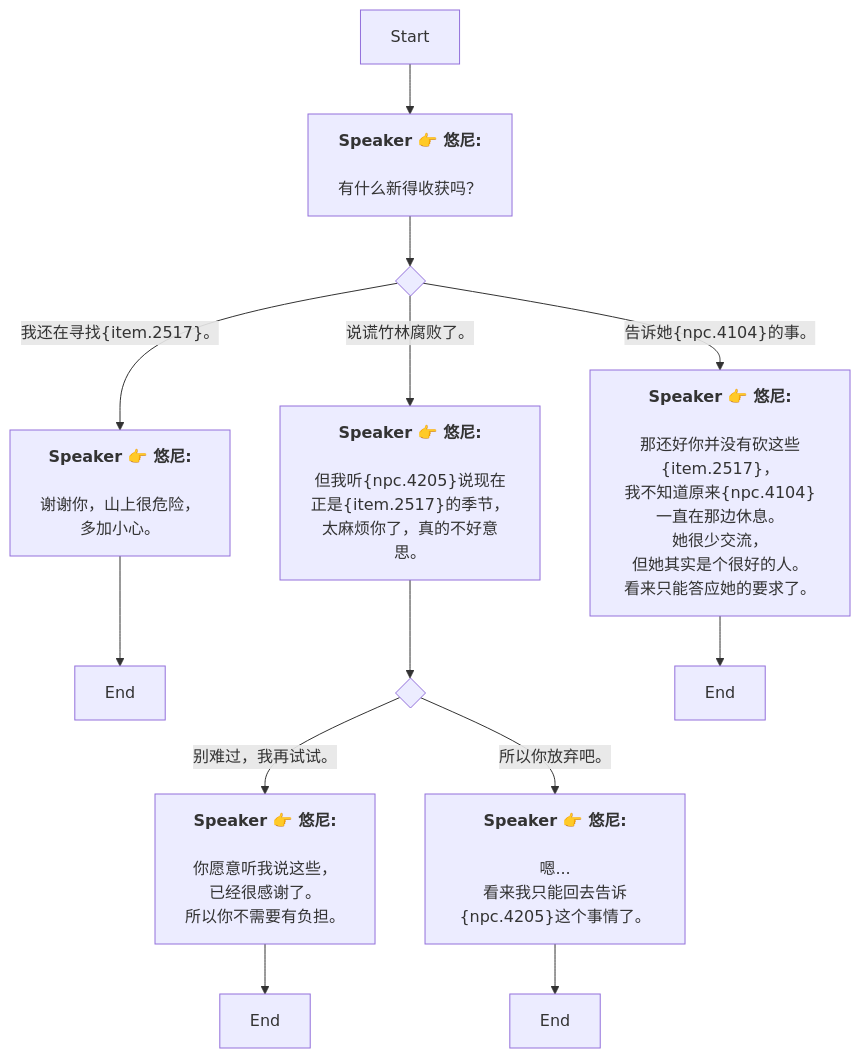
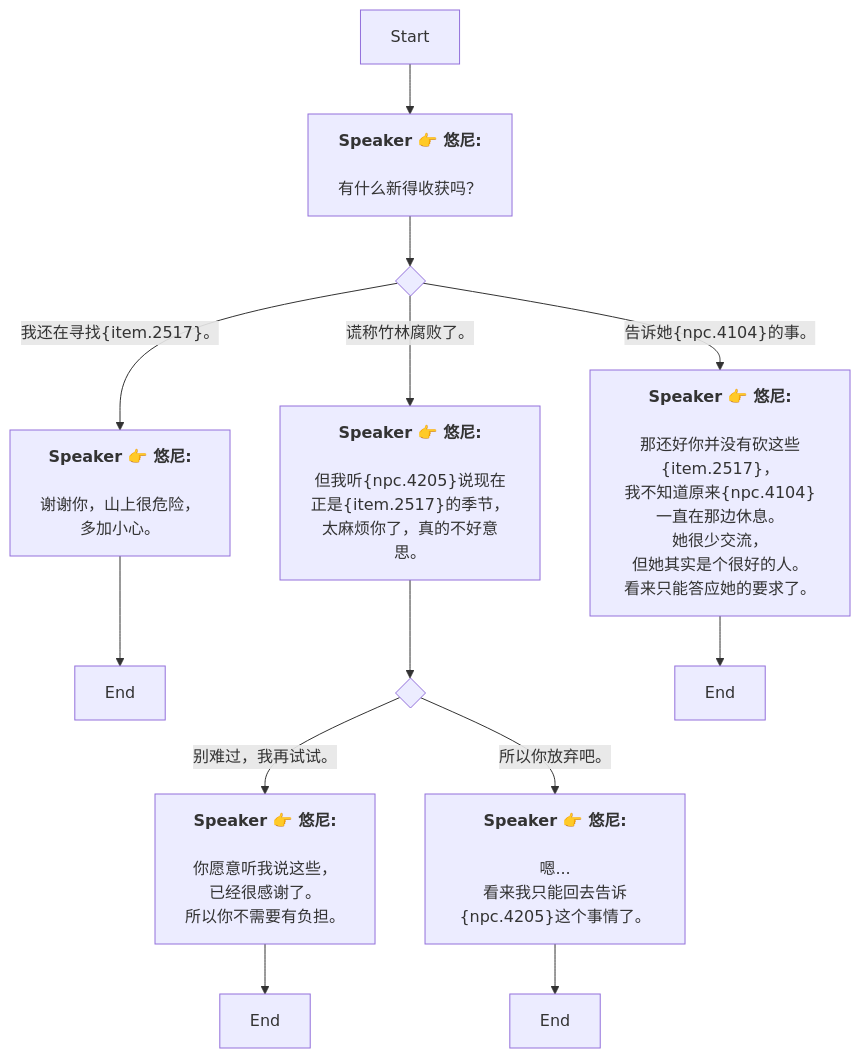
One commit to SoftHu/tos_avg changed the diagram in Zh/AddDialogNode_1738348779293777.md. Above: the diagram before and after it, drawn with Mermaid. The commit also changed 199 other files, not shown here.

````diff
--- a/Zh/AddDialogNode_1738348779293777.md
+++ b/Zh/AddDialogNode_1738348779293777.md
@@ -1,37 +1,37 @@
 ```mermaid
 graph
 Start -->1738348833099860[<b>Speaker 👉 悠尼:</b>
 
 有什么新得收获吗？]
 1738348833099860 -->1738348880707669{ }
 1738348880707669 -->|我还在寻找&lbrace;item.2517&rbrace;。|1738348979936349[<b>Speaker 👉 悠尼:</b>
 
 谢谢你，山上很危险，
 多加小心。]
-1738348880707669 -->|说谎竹林腐败了。|1738349001966686[<b>Speaker 👉 悠尼:</b>
+1738348880707669 -->|谎称竹林腐败了。|1738349001966686[<b>Speaker 👉 悠尼:</b>
 
 但我听&lbrace;npc.4205&rbrace;说现在正是&lbrace;item.2517&rbrace;的季节，
 太麻烦你了，真的不好意思。]
 1738348880707669 -->|告诉她&lbrace;npc.4104&rbrace;的事。|1738349398028394[<b>Speaker 👉 悠尼:</b>
 
 那还好你并没有砍这些&lbrace;item.2517&rbrace;，
 我不知道原来&lbrace;npc.4104&rbrace;一直在那边休息。
 她很少交流，
 但她其实是个很好的人。
 看来只能答应她的要求了。]
 1738348979936349 -->1738348976503900[End]
 1738349001966686 -->1738349234446431{ }
 1738349234446431 -->|别难过，我再试试。|1738349259369572[<b>Speaker 👉 悠尼:</b>
 
 你愿意听我说这些，
 已经很感谢了。
 所以你不需要有负担。]
 1738349234446431 -->|所以你放弃吧。|1738349292239974[<b>Speaker 👉 悠尼:</b>
 
 嗯...
 看来我只能回去告诉&lbrace;npc.4205&rbrace;这个事情了。]
 1738349259369572 -->1738349286012005[End]
 1738349292239974 -->1738349386865769[End]
 1738349398028394 -->1738349437010027[End]
 
  ```
````
